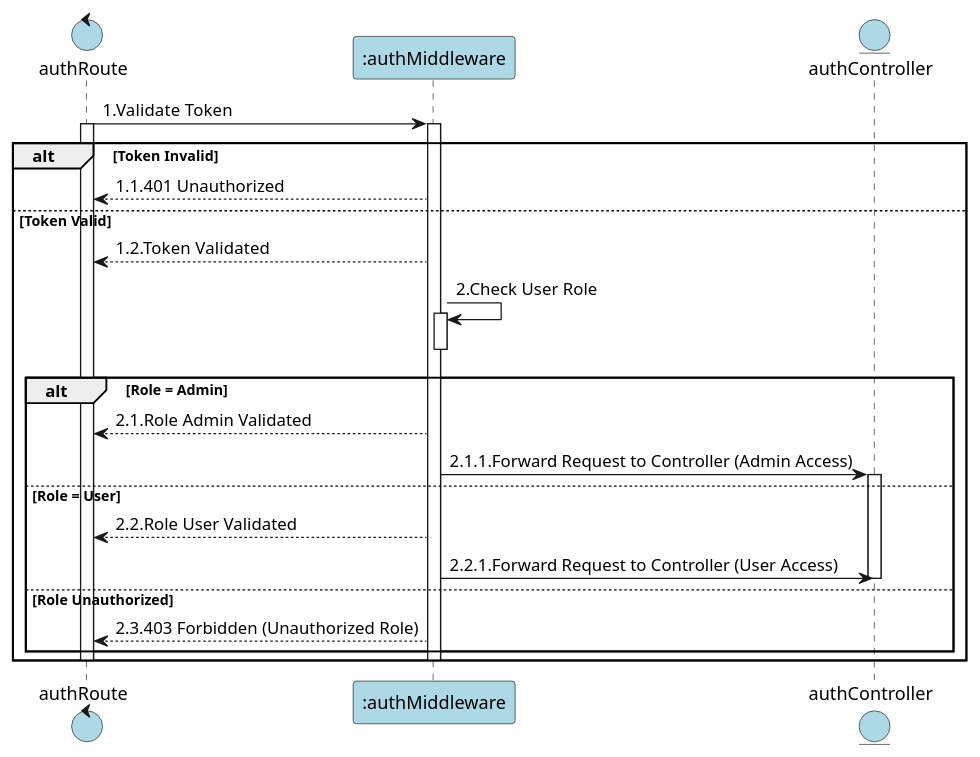
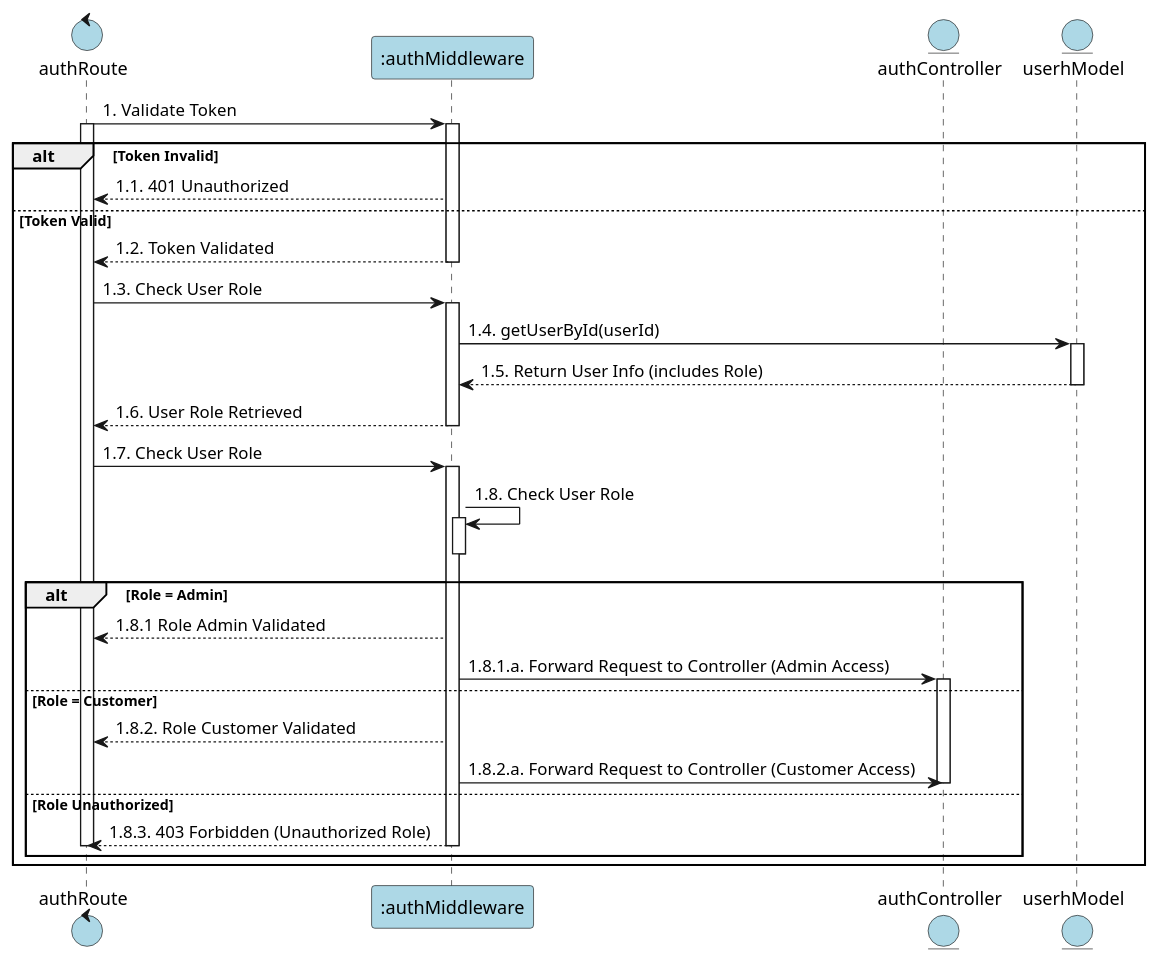
One commit to Aohkne/CaloCook changed the diagram in PlanUML/authentication.puml. Above: the diagram before and after it, drawn with PlantUML. The commit also changed 18 other files, not shown here.

```diff
--- a/PlanUML/authentication.puml
+++ b/PlanUML/authentication.puml
@@ -1,37 +1,55 @@
 @startuml Authentication
 
 control "authRoute" as Route #lightblue
 participant ":authMiddleware" as Middleware #lightblue
 entity "authController" as Controller #lightblue
+entity "userhModel" as Model #lightblue
 
-Route -> Middleware: 1.Validate Token
+Route -> Middleware: 1. Validate Token
 activate Route
 activate Middleware
 
+
 alt Token Invalid
-    Middleware --> Route: 1.1.401 Unauthorized
+    Middleware --> Route: 1.1. 401 Unauthorized
 
 else Token Valid
-    Middleware --> Route: 1.2.Token Validated
-    
-    Middleware -> Middleware: 2.Check User Role
+    Middleware --> Route: 1.2. Token Validated
+    deactivate Middleware
+
+    Route -> Middleware: 1.3. Check User Role
+    activate Middleware
+
+    Middleware -> Model: 1.4. getUserById(userId)
+    activate Model
+    Model --> Middleware: 1.5. Return User Info (includes Role)
+    deactivate Model
+
+    Middleware --> Route: 1.6. User Role Retrieved
+    deactivate Middleware
+
+    Route -> Middleware: 1.7. Check User Role
+    activate Middleware
+
+    Middleware -> Middleware: 1.8. Check User Role
     activate Middleware
     deactivate Middleware
 
     alt Role = Admin
-        Middleware --> Route: 2.1.Role Admin Validated
-        Middleware -> Controller: 2.1.1.Forward Request to Controller (Admin Access)
+        Middleware --> Route: 1.8.1 Role Admin Validated
+        Middleware -> Controller: 1.8.1.a. Forward Request to Controller (Admin Access)
         activate Controller
-    else Role = User
-        Middleware --> Route: 2.2.Role User Validated
-        Middleware -> Controller: 2.2.1.Forward Request to Controller (User Access)
+    else Role = Customer
+        Middleware --> Route: 1.8.2. Role Customer Validated
+        Middleware -> Controller: 1.8.2.a. Forward Request to Controller (Customer Access)
         deactivate Controller
+
     else Role Unauthorized
-        Middleware --> Route: 2.3.403 Forbidden (Unauthorized Role)
+        Middleware --> Route: 1.8.3. 403 Forbidden (Unauthorized Role)
+        deactivate Middleware
+        deactivate Route
     end
 
-    deactivate Middleware
-    deactivate Route
 end
 
 @enduml
```
